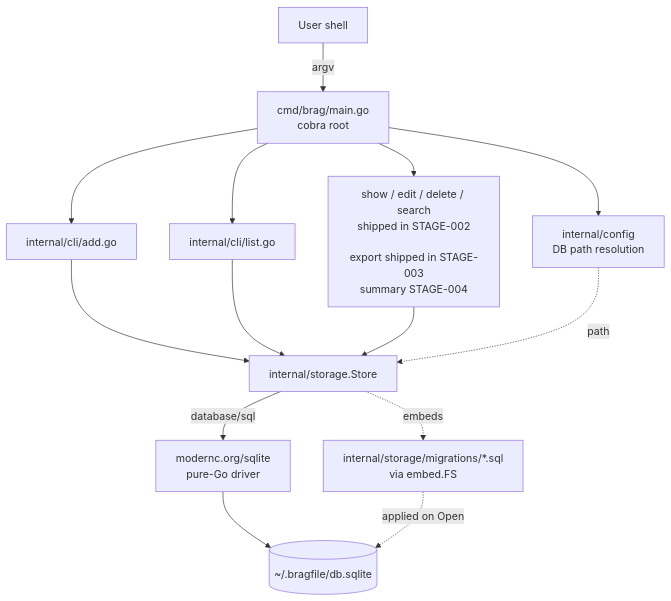
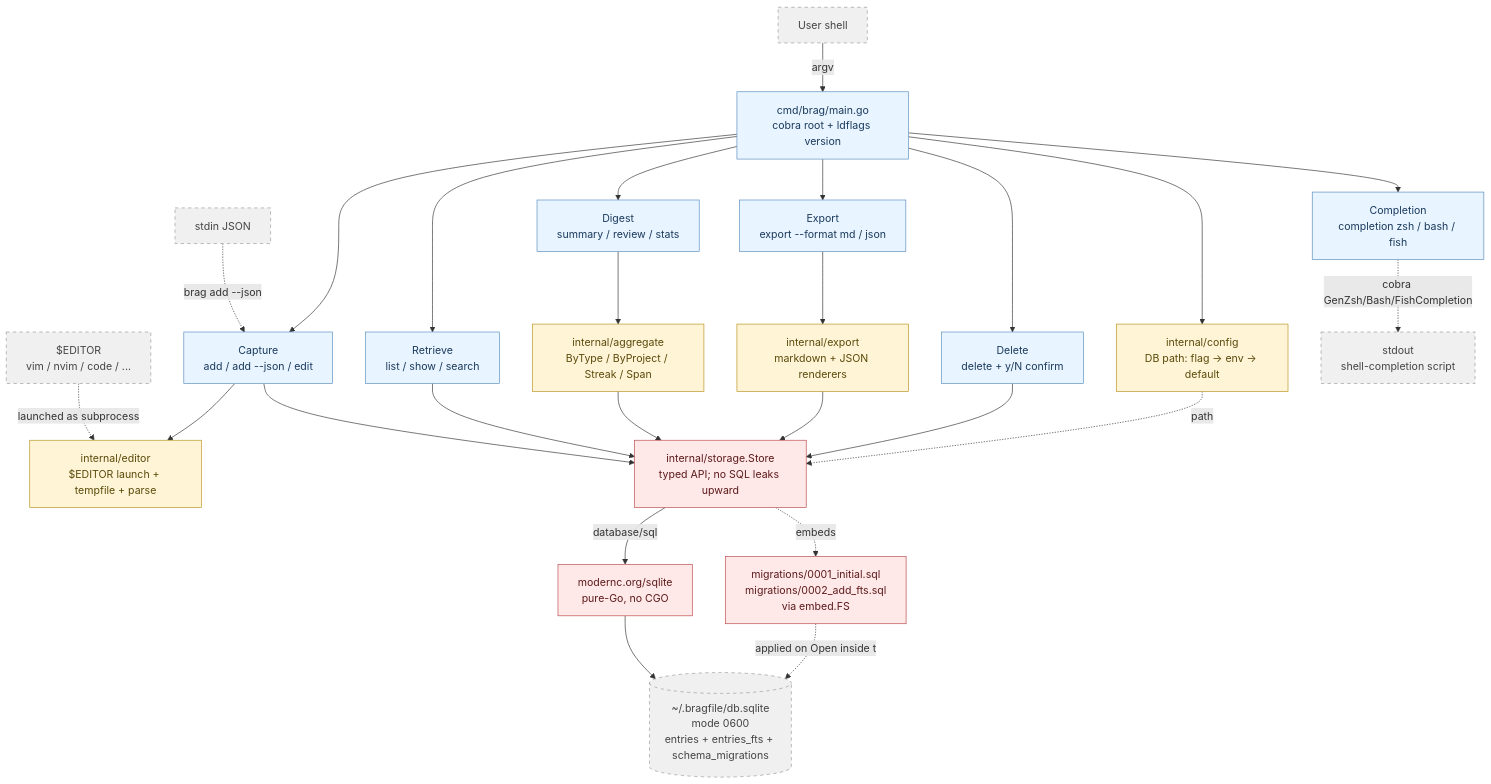
The diagram in docs/architecture.md (jysf/bragfile000), drawn with Mermaid before and after one commit. The commit also changed other lines of this file and 1 other file, not shown here.

````diff
--- a/docs/architecture.md
+++ b/docs/architecture.md
@@ -19,16 +19,40 @@
 ```mermaid
 graph TD
-    User[User shell] -->|argv| Main[cmd/brag/main.go<br/>cobra root]
-    Main --> AddCmd[internal/cli/add.go]
-    Main --> ListCmd[internal/cli/list.go]
-    Main --> OtherCmds[show / edit / delete / search<br/>shipped in STAGE-002<br/><br/>export shipped in STAGE-003<br/>summary STAGE-004]
-    AddCmd --> Store[internal/storage.Store]
-    ListCmd --> Store
-    OtherCmds --> Store
-    Main --> Config[internal/config<br/>DB path resolution]
+    User[User shell] -->|argv| Main[cmd/brag/main.go<br/>cobra root + ldflags version]
+    Stdin[stdin JSON] -.->|brag add --json| Capture
+    Editor[$EDITOR<br/>vim / nvim / code / ...] -.->|launched as subprocess| EditorPkg
+
+    Main --> Config[internal/config<br/>DB path: flag → env → default]
+    Main --> Capture[Capture<br/>add / add --json / edit]
+    Main --> Retrieve[Retrieve<br/>list / show / search]
+    Main --> Digest[Digest<br/>summary / review / stats]
+    Main --> ExportCmd[Export<br/>export --format md / json]
+    Main --> DeleteCmd[Delete<br/>delete + y/N confirm]
+    Main --> Completion[Completion<br/>completion zsh / bash / fish]
+
+    Capture --> EditorPkg[internal/editor<br/>$EDITOR launch + tempfile + parse]
+    Capture --> Store
+    Retrieve --> Store
+    Digest --> Aggregate[internal/aggregate<br/>ByType / ByProject / Streak / Span]
+    Aggregate --> Store
+    ExportCmd --> ExportPkg[internal/export<br/>markdown + JSON renderers]
+    ExportPkg --> Store
+    DeleteCmd --> Store
+    Completion -.cobra GenZsh/Bash/FishCompletion.-> Stdout[stdout<br/>shell-completion script]
+
     Config -.path.-> Store
-    Store -->|database/sql| Driver[modernc.org/sqlite<br/>pure-Go driver]
-    Driver --> DB[(~/.bragfile/db.sqlite)]
-    Store -.embeds.-> Migrations[internal/storage/migrations/*.sql<br/>via embed.FS]
-    Migrations -.applied on Open.-> DB
+    Store[internal/storage.Store<br/>typed API; no SQL leaks upward]
+    Store -->|database/sql| Driver[modernc.org/sqlite<br/>pure-Go, no CGO]
+    Driver --> DB[(~/.bragfile/db.sqlite<br/>mode 0600<br/>entries + entries_fts + schema_migrations)]
+    Store -.embeds.-> Migrations[migrations/0001_initial.sql<br/>migrations/0002_add_fts.sql<br/>via embed.FS]
+    Migrations -.applied on Open inside tx.-> DB
+
+    classDef cli fill:#e8f4ff,stroke:#5b8dbe,color:#1a3a5c
+    classDef helper fill:#fff4d6,stroke:#b8941f,color:#5a4a0a
+    classDef storage fill:#ffe8e8,stroke:#bc4a4a,color:#5c1a1a
+    classDef external fill:#f0f0f0,stroke:#999,stroke-dasharray:5 5,color:#444
+    class Main,Capture,Retrieve,Digest,ExportCmd,DeleteCmd,Completion cli
+    class EditorPkg,Aggregate,ExportPkg,Config helper
+    class Store,Driver,Migrations storage
+    class User,Stdin,Editor,DB,Stdout external
 ```
````
